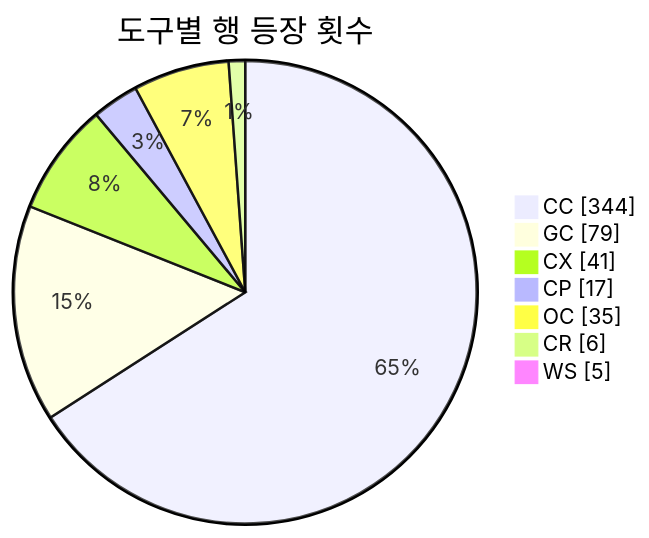
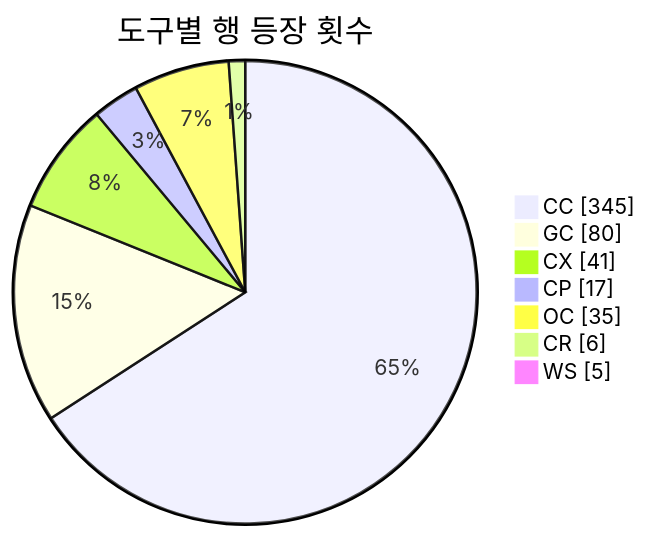
Before and after one commit to J-nowcow/awesome-korean-agent-skills: the second of 3 diagrams in README.md, drawn with Mermaid. The commit also changed other lines of this file and 4 other files, not shown here.

````diff
--- a/README.md
+++ b/README.md
@@ -193,11 +193,11 @@
 ```mermaid
 pie showData
     title 도구별 행 등장 횟수
-    "CC" : 344
-    "GC" : 79
+    "CC" : 345
+    "GC" : 80
     "CX" : 41
     "CP" : 17
     "OC" : 35
     "CR" : 6
     "WS" : 5
 ```
````
